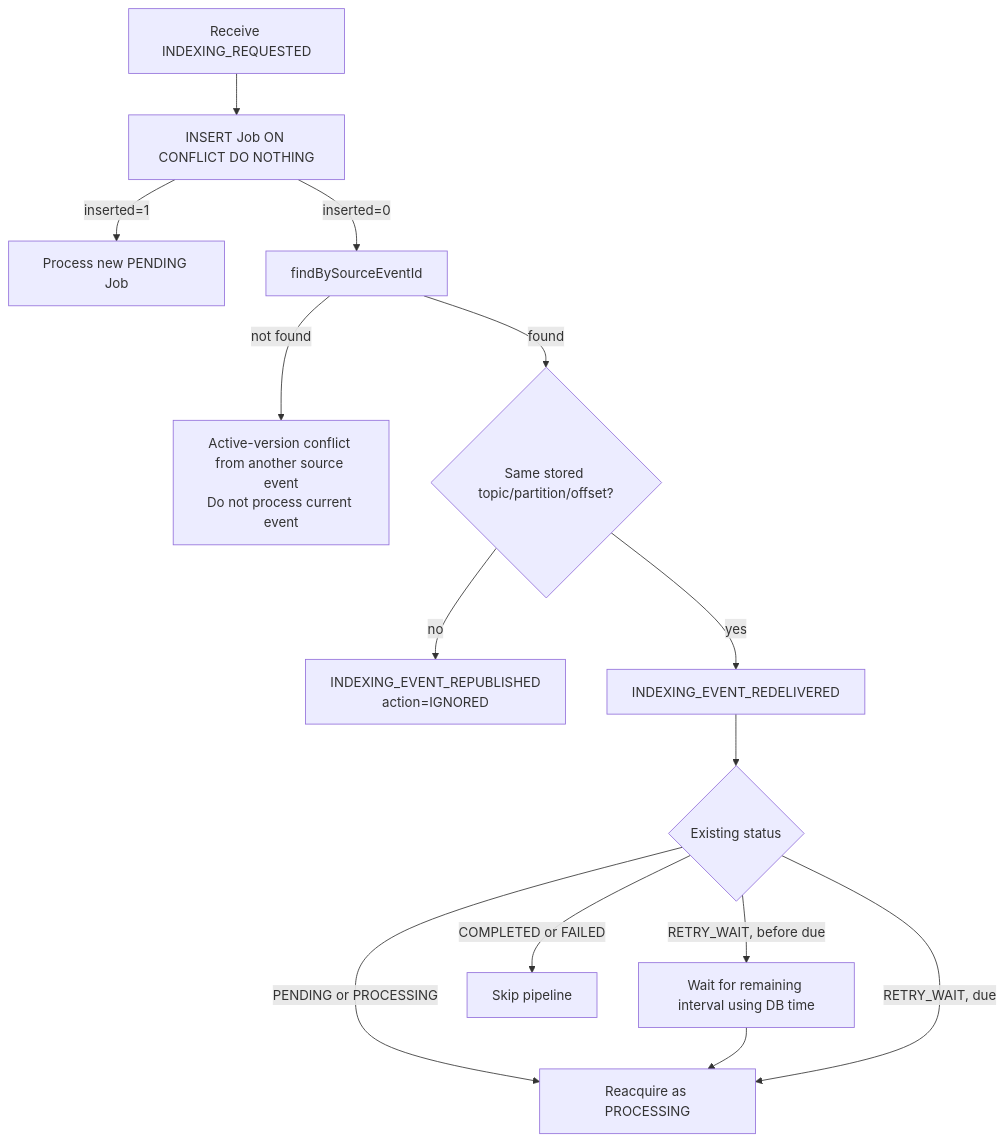
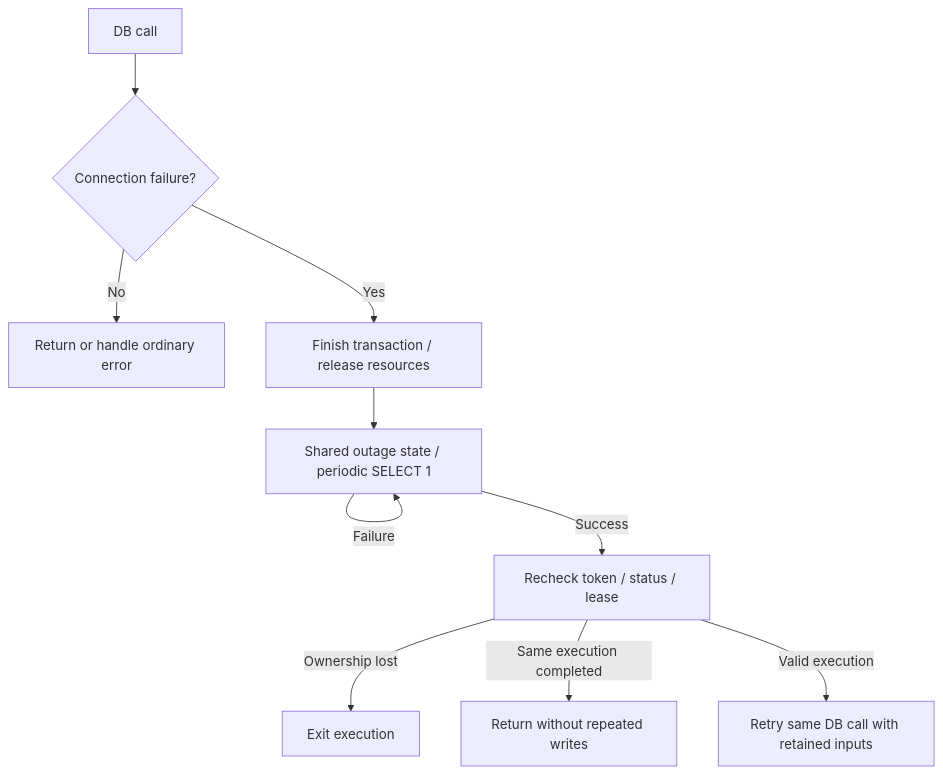
One commit to mash-up-kr/spr1n6-osscontest-worker changed the diagram in docs/FAILURE_HANDLING_EN.md. Above: the diagram before and after it, drawn with Mermaid. The commit also changed other lines of this file and 45 other files, not shown here.

````diff
--- a/docs/FAILURE_HANDLING_EN.md
+++ b/docs/FAILURE_HANDLING_EN.md
@@ -247,16 +11,12 @@
 ```mermaid
 flowchart TD
-    R[Receive INDEXING_REQUESTED] --> I[INSERT Job ON CONFLICT DO NOTHING]
-    I -->|inserted=1| NEW[Process new PENDING Job]
-    I -->|inserted=0| F[findBySourceEventId]
-    F -->|not found| AV[Active-version conflict from another source event<br/>Do not process current event]
-    F -->|found| M{Same stored topic/partition/offset?}
-    M -->|no| PUB[INDEXING_EVENT_REPUBLISHED<br/>action=IGNORED]
-    M -->|yes| RED[INDEXING_EVENT_REDELIVERED]
-    RED --> S{Existing status}
-    S -->|PENDING or PROCESSING| ACQ[Reacquire as PROCESSING]
-    S -->|RETRY_WAIT, before due| WAIT[Wait for remaining interval using DB time]
-    WAIT --> ACQ
-    S -->|RETRY_WAIT, due| ACQ
-    S -->|COMPLETED or FAILED| SKIP[Skip pipeline]
+    C[DB call] --> F{Connection failure?}
+    F -->|No| RETURN[Return or handle ordinary error]
+    F -->|Yes| EXIT[Finish transaction / release resources]
+    EXIT --> WAIT[Shared outage state / periodic SELECT 1]
+    WAIT -->|Failure| WAIT
+    WAIT -->|Success| OWN[Recheck token / status / lease]
+    OWN -->|Ownership lost| STOP[Exit execution]
+    OWN -->|Same execution completed| DONE[Return without repeated writes]
+    OWN -->|Valid execution| RETRY[Retry same DB call with retained inputs]
 ```
````
